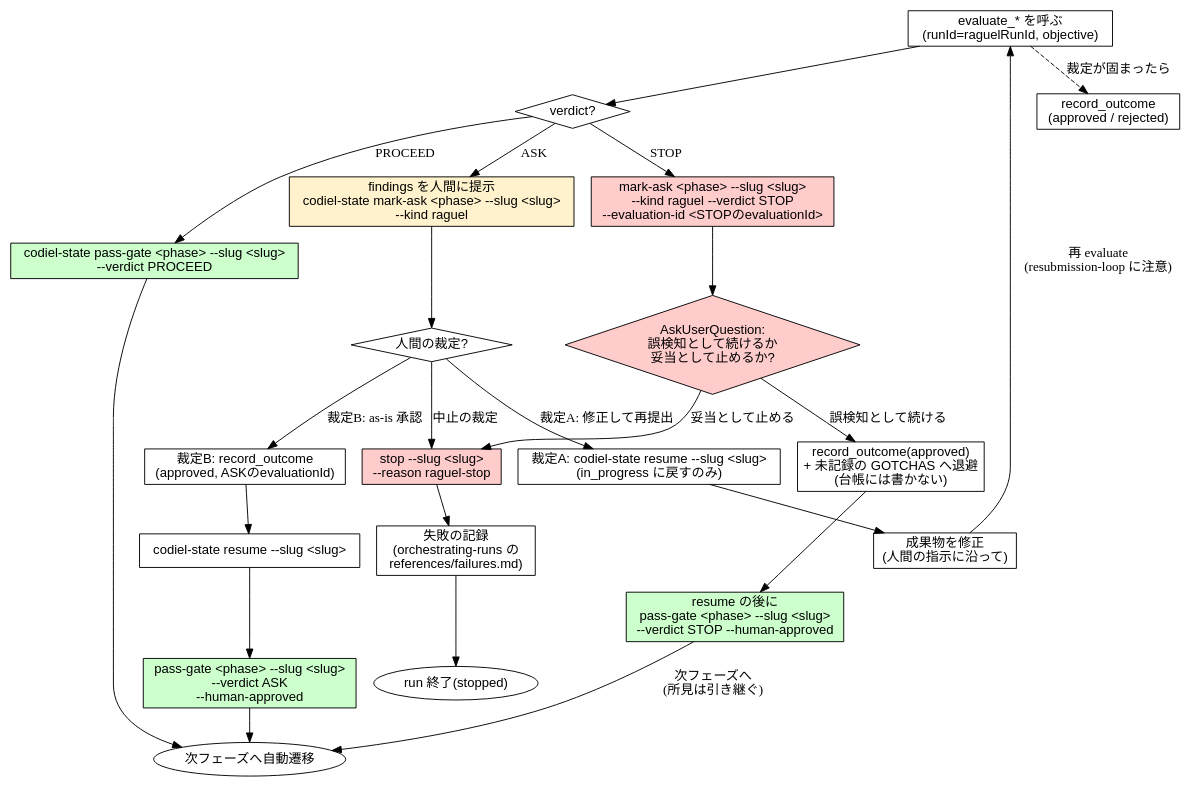
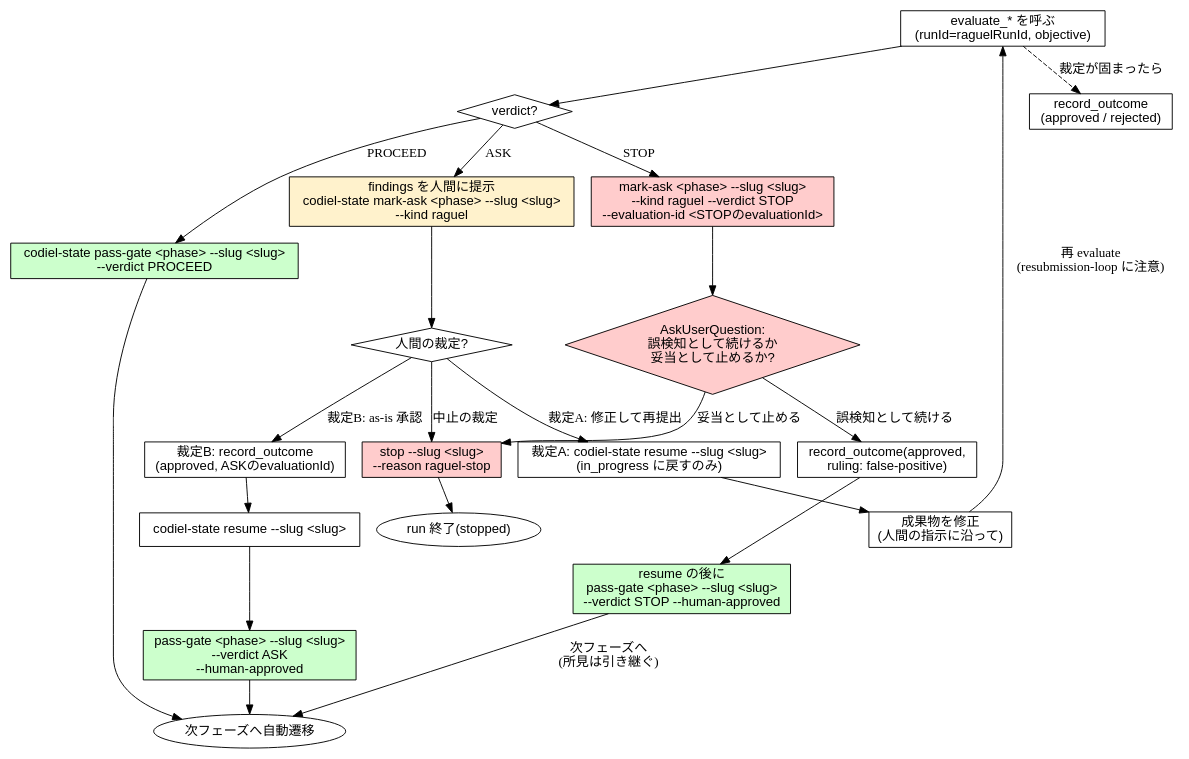
Before and after one commit to Amatsuka-kobo/amatsuka-claude-plugins: diagram 13 of 14 in plugins/codiel/docs/skill-flowcharts.md, drawn with Graphviz. The commit also changed other lines of this file and 20 other files, not shown here.

First line of the commit message:
fix(codiel): ARCHITECTURE と GOTCHAS を読ませる規則を指示層から外し、レビューの所見を直す

````diff
--- a/plugins/codiel/docs/skill-flowcharts.md
+++ b/plugins/codiel/docs/skill-flowcharts.md
@@ -515,60 +513,58 @@
 ```dot
 digraph raguel_gate {
   rankdir=TB;
   node [fontname="sans-serif"];
 
   evaluate [label="evaluate_* を呼ぶ\n(runId=raguelRunId, objective)", shape=box];
   verdict [label="verdict?", shape=diamond];
 
   proceed [label="codiel-state pass-gate <phase> --slug <slug>\n--verdict PROCEED", shape=box, style=filled, fillcolor="#ccffcc"];
   next [label="次フェーズへ自動遷移", shape=ellipse];
 
   ask [label="findings を人間に提示\ncodiel-state mark-ask <phase> --slug <slug>\n--kind raguel", shape=box, style=filled, fillcolor="#fff2cc"];
   human [label="人間の裁定?", shape=diamond];
 
   resume_a [label="裁定A: codiel-state resume --slug <slug>\n(in_progress に戻すのみ)", shape=box];
   refix [label="成果物を修正\n(人間の指示に沿って)", shape=box];
   record_a [label="record_outcome\n(approved / rejected)", shape=box];
 
   record_ha [label="裁定B: record_outcome\n(approved, ASKのevaluationId)", shape=box];
   resume_b [label="codiel-state resume --slug <slug>", shape=box];
   pass_gate_ha [label="pass-gate <phase> --slug <slug>\n--verdict ASK\n--human-approved", shape=box, style=filled, fillcolor="#ccffcc"];
 
   stop_mark [label="mark-ask <phase> --slug <slug>\n--kind raguel --verdict STOP\n--evaluation-id <STOPのevaluationId>", shape=box, style=filled, fillcolor="#ffcccc"];
   stop_ask [label="AskUserQuestion:\n誤検知として続けるか\n妥当として止めるか?", shape=diamond, style=filled, fillcolor="#ffcccc"];
-  stop_misdetect [label="record_outcome(approved)\n+ 未記録の GOTCHAS へ退避\n(台帳には書かない)", shape=box];
+  stop_misdetect [label="record_outcome(approved,\nruling: false-positive)", shape=box];
   stop_pass [label="resume の後に\npass-gate <phase> --slug <slug>\n--verdict STOP --human-approved", shape=box, style=filled, fillcolor="#ccffcc"];
   stop_valid [label="stop --slug <slug>\n--reason raguel-stop", shape=box, style=filled, fillcolor="#ffcccc"];
-  gotchas [label="失敗の記録\n(orchestrating-runs の\nreferences/failures.md)", shape=box];
   stopped [label="run 終了(stopped)", shape=ellipse];
 
   evaluate -> verdict;
   verdict -> proceed [label="PROCEED"];
   verdict -> ask [label="ASK"];
   verdict -> stop_mark [label="STOP"];
 
   proceed -> next;
 
   ask -> human;
   human -> resume_a [label="裁定A: 修正して再提出"];
   human -> record_ha [label="裁定B: as-is 承認"];
   human -> stop_valid [label="中止の裁定"];
 
   resume_a -> refix;
   refix -> evaluate [label="再 evaluate\n(resubmission-loop に注意)"];
   evaluate -> record_a [style=dashed, label="裁定が固まったら"];
 
   record_ha -> resume_b;
   resume_b -> pass_gate_ha;
   pass_gate_ha -> next;
 
   stop_mark -> stop_ask;
   stop_ask -> stop_misdetect [label="誤検知として続ける"];
   stop_misdetect -> stop_pass;
   stop_pass -> next [label="次フェーズへ\n(所見は引き継ぐ)"];
   stop_ask -> stop_valid [label="妥当として止める"];
 
-  stop_valid -> gotchas;
-  gotchas -> stopped;
+  stop_valid -> stopped;
 }
 ```
````
